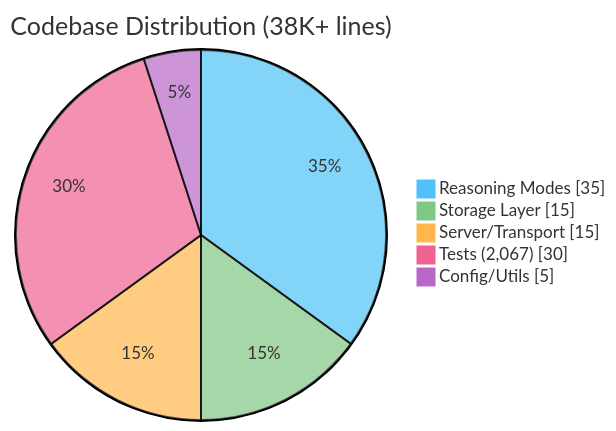
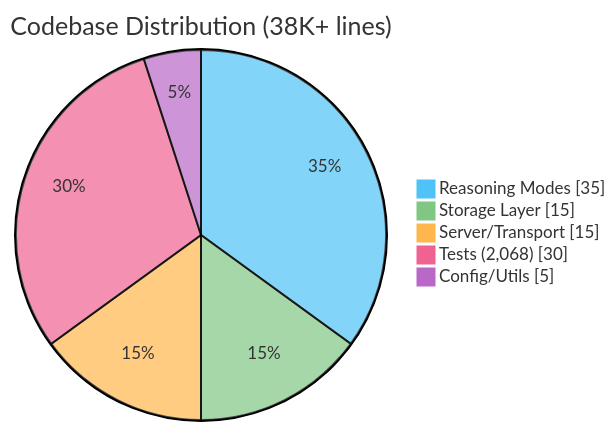
One commit to quanticsoul4772/mcp-reasoning changed the first of 6 diagrams in README.md. Above: the diagram before and after it, drawn with Mermaid. The commit also changed other lines of this file and 1 other file, not shown here.

````diff
--- a/README.md
+++ b/README.md
@@ -10,9 +10,9 @@
 ```mermaid
 %%{init: {'theme': 'base', 'themeVariables': {'pie1': '#4fc3f7', 'pie2': '#81c784', 'pie3': '#ffb74d', 'pie4': '#f06292', 'pie5': '#ba68c8'}}}%%
 pie showData title Codebase Distribution (38K+ lines)
     "Reasoning Modes" : 35
     "Storage Layer" : 15
     "Server/Transport" : 15
-    "Tests (2,067)" : 30
+    "Tests (2,068)" : 30
     "Config/Utils" : 5
 ```
````
